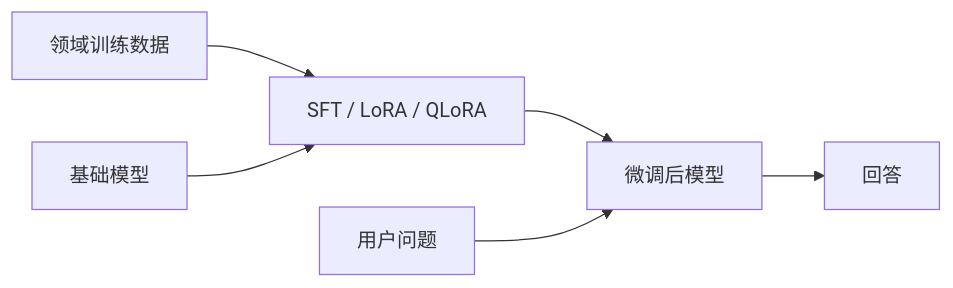
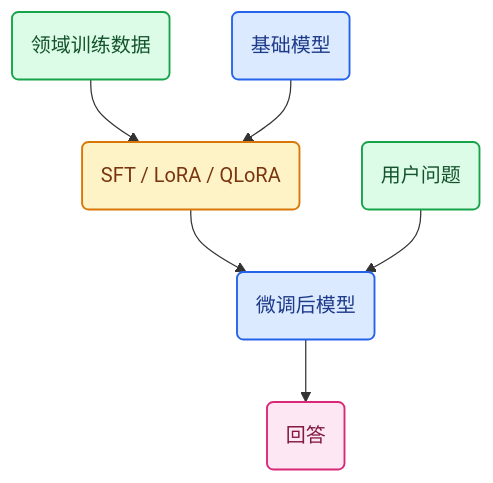
One commit to XuelinHu/blogs changed the first of 4 diagrams in docs/posts/LLM/微调模型与RAG系统的区别及垂直领域选型.md. Above: the diagram before and after it, drawn with Mermaid. The commit also changed other lines of this file and 1 other file, not shown here.

Commit message:
style: color and wrap llm flowcharts

````diff
--- a/docs/posts/LLM/微调模型与RAG系统的区别及垂直领域选型.md
+++ b/docs/posts/LLM/微调模型与RAG系统的区别及垂直领域选型.md
@@ -61,8 +61,12 @@
 ```mermaid
-flowchart LR
-    D["领域训练数据"] --> T["SFT / LoRA / QLoRA"]
-    B["基础模型"] --> T
-    T --> M["微调后模型"]
-    Q["用户问题"] --> M
-    M --> A["回答"]
+flowchart TB
+    classDef data fill:#dcfce7,stroke:#16a34a,color:#14532d,stroke-width:1.5px
+    classDef model fill:#dbeafe,stroke:#2563eb,color:#1e3a8a,stroke-width:1.5px
+    classDef train fill:#fef3c7,stroke:#d97706,color:#78350f,stroke-width:1.5px
+    classDef output fill:#fce7f3,stroke:#db2777,color:#831843,stroke-width:1.5px
+    D(领域训练数据):::data --> T(SFT / LoRA / QLoRA):::train
+    B(基础模型):::model --> T
+    T --> M(微调后模型):::model
+    Q(用户问题):::data --> M
+    M --> A(回答):::output
 ```
````
